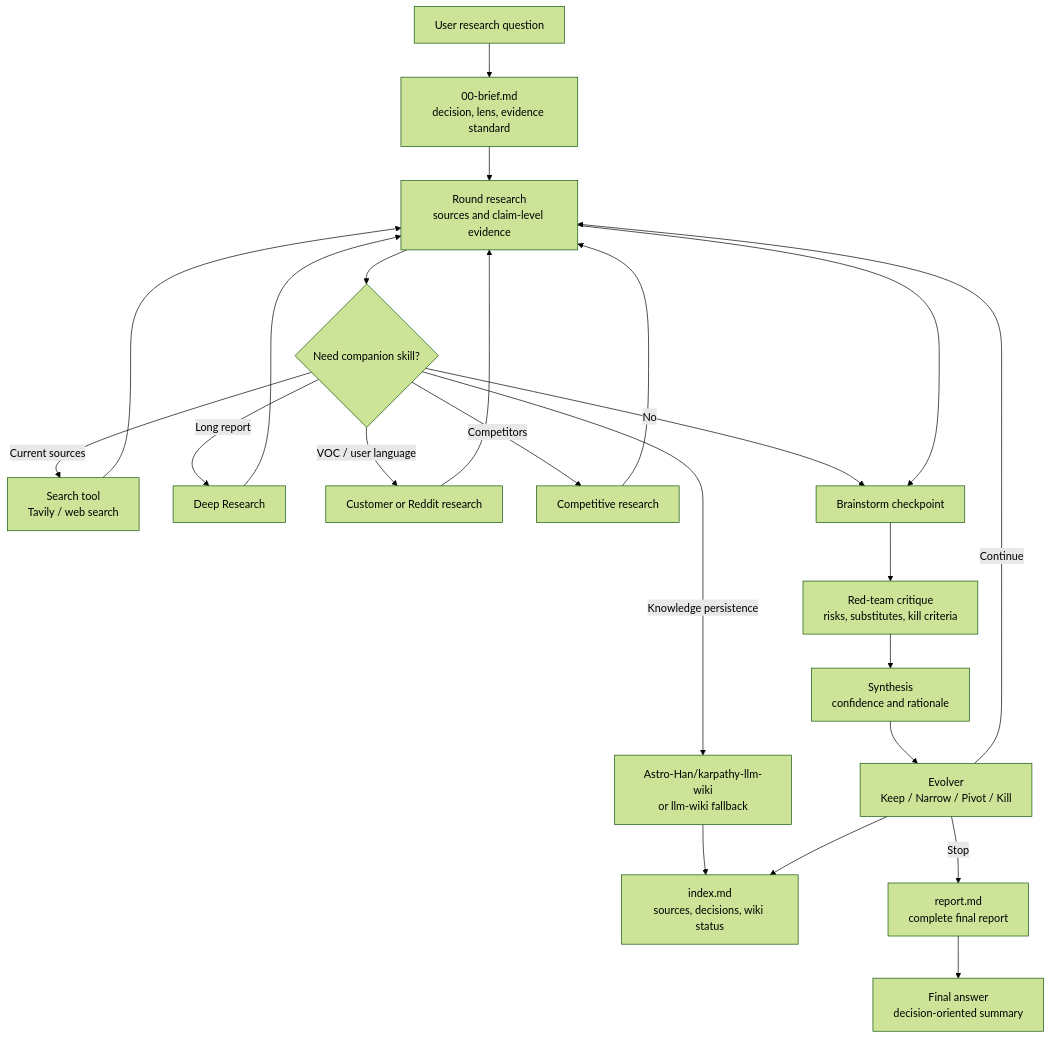
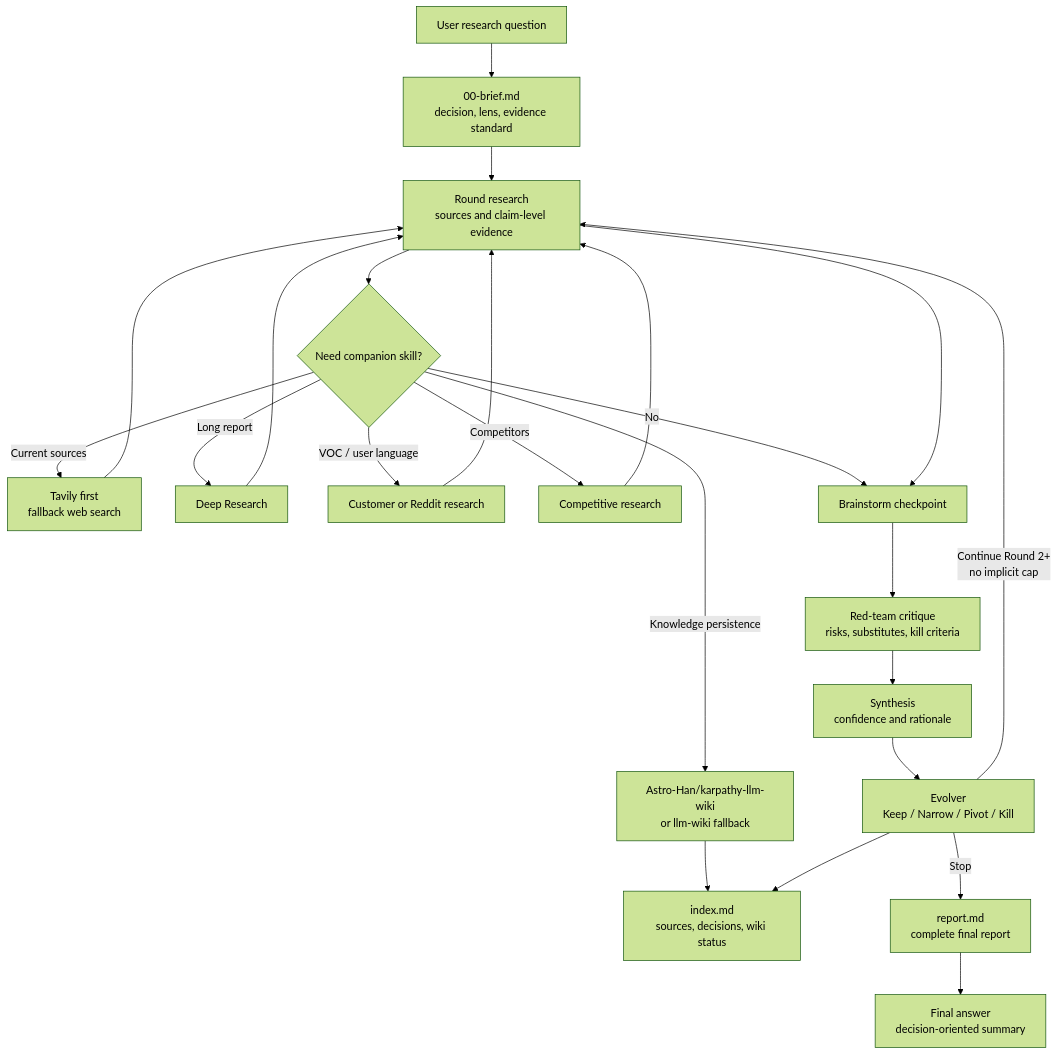
One commit to GoatGit/super-survey changed the diagram in README.md. Above: the diagram before and after it, drawn with Mermaid (forest theme). The commit also changed other lines of this file and 5 other files, not shown here.

Commit message:
Strengthen survey search and round continuation

````diff
--- a/README.md
+++ b/README.md
@@ -110,25 +111,25 @@
 ```mermaid
 flowchart TD
     A[User research question] --> B[00-brief.md<br/>decision, lens, evidence standard]
     B --> C[Round research<br/>sources and claim-level evidence]
     C --> D{Need companion skill?}
-    D -->|Current sources| D1[Search tool<br/>Tavily / web search]
+    D -->|Current sources| D1[Tavily first<br/>fallback web search]
     D -->|Long report| D2[Deep Research]
     D -->|VOC / user language| D3[Customer or Reddit research]
     D -->|Competitors| D4[Competitive research]
     D -->|Knowledge persistence| D5[Astro-Han/karpathy-llm-wiki<br/>or llm-wiki fallback]
     D -->|No| E[Brainstorm checkpoint]
     D1 --> C
     D2 --> C
     D3 --> C
     D4 --> C
     D5 --> I[index.md]
     C --> E[Brainstorm checkpoint]
     E --> F[Red-team critique<br/>risks, substitutes, kill criteria]
     F --> G[Synthesis<br/>confidence and rationale]
     G --> H[Evolver<br/>Keep / Narrow / Pivot / Kill]
     H --> I[index.md<br/>sources, decisions, wiki status]
-    H -->|Continue| C
+    H -->|Continue Round 2+<br/>no implicit cap| C
     H -->|Stop| J[report.md<br/>complete final report]
     J --> K[Final answer<br/>decision-oriented summary]
 ```
````
